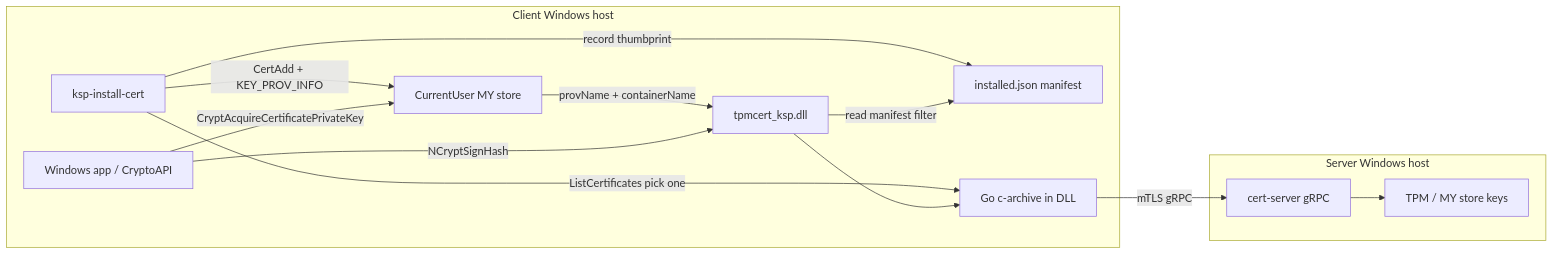
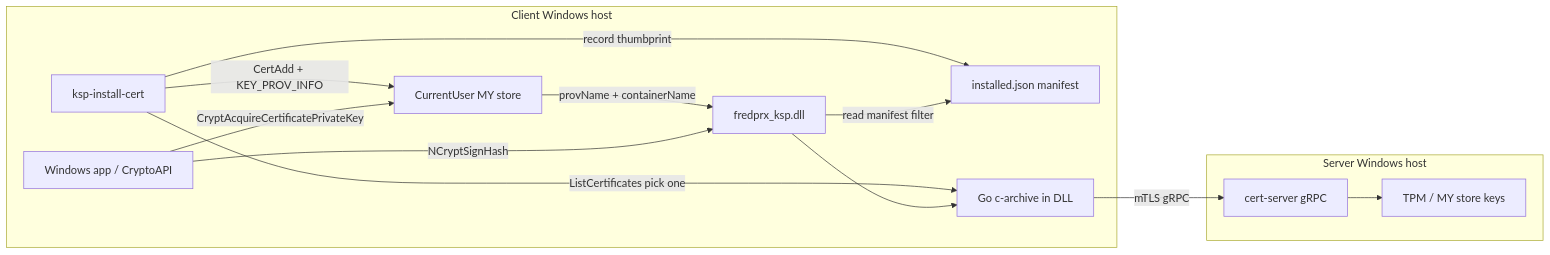
The diagram in .cursor/plans/cng_ksp_implementation_d9ad8732.plan.md (fredwangwang/keyless-tls-proxy), drawn with Mermaid before and after one commit. The commit also changed other lines of this file and 12 other files, not shown here.

````diff
--- a/.cursor/plans/cng_ksp_implementation_d9ad8732.plan.md
+++ b/.cursor/plans/cng_ksp_implementation_d9ad8732.plan.md
@@ -35,25 +35,25 @@
 ```mermaid
 flowchart LR
   subgraph clientHost [Client Windows host]
     Install[ksp-install-cert]
     MY[CurrentUser MY store]
     Manifest[installed.json manifest]
     App[Windows app / CryptoAPI]
-    KSP[tpmcert_ksp.dll]
+    KSP[fredprx_ksp.dll]
     Bridge[Go c-archive in DLL]
     Install -->|ListCertificates pick one| Bridge
     Install -->|CertAdd + KEY_PROV_INFO| MY
     Install -->|record thumbprint| Manifest
     App -->|CryptAcquireCertificatePrivateKey| MY
     MY -->|provName + containerName| KSP
     App -->|NCryptSignHash| KSP
     KSP -->|read manifest filter| Manifest
     KSP --> Bridge
   end
   subgraph serverHost [Server Windows host]
     Server[cert-server gRPC]
     TPM[TPM / MY store keys]
     Server --> TPM
   end
   Bridge -->|mTLS gRPC| Server
 ```
````
